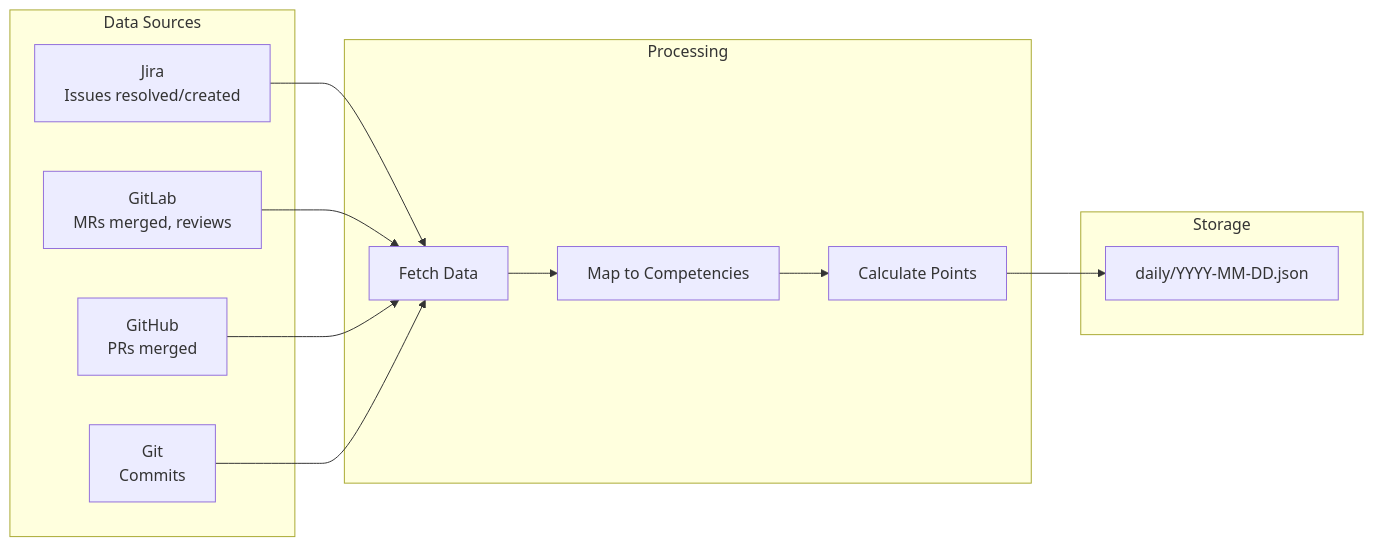
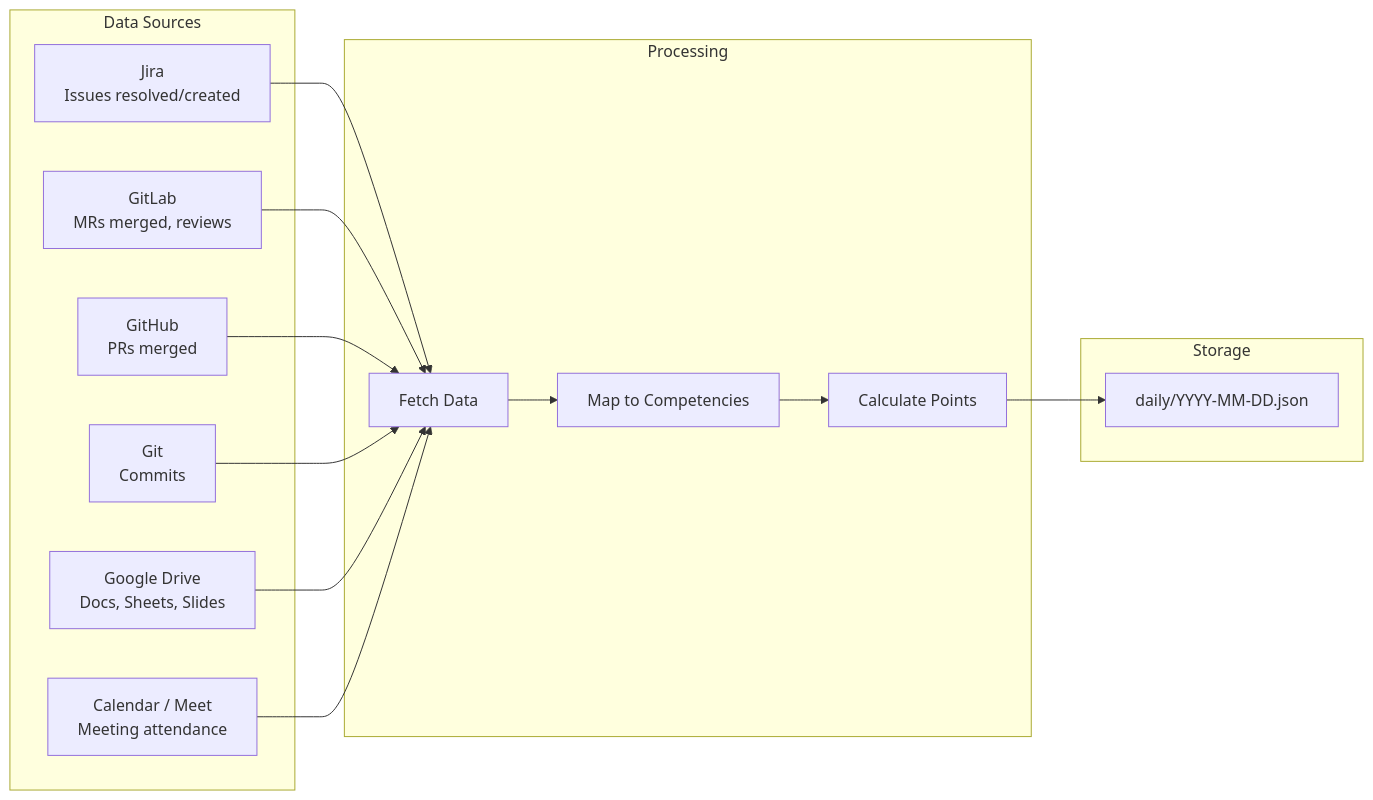
The diagram in docs/skills/performance-collect-daily.md (dmzoneill/redhat-ai-workflow), drawn with Mermaid before and after one commit. The commit also changed other lines of this file and 75 other files, not shown here.

````diff
--- a/docs/skills/performance-collect-daily.md
+++ b/docs/skills/performance-collect-daily.md
@@ -54,28 +56,32 @@
 ```mermaid
 graph LR
     subgraph Sources["Data Sources"]
         JIRA[Jira<br/>Issues resolved/created]
         GITLAB[GitLab<br/>MRs merged, reviews]
         GITHUB[GitHub<br/>PRs merged]
         GIT[Git<br/>Commits]
+        GDRIVE[Google Drive<br/>Docs, Sheets, Slides]
+        CALENDAR[Calendar / Meet<br/>Meeting attendance]
     end
 
     subgraph Processing["Processing"]
         FETCH[Fetch Data]
         MAP[Map to Competencies]
         SCORE[Calculate Points]
     end
 
     subgraph Storage["Storage"]
         DAILY[daily/YYYY-MM-DD.json]
     end
 
     JIRA --> FETCH
     GITLAB --> FETCH
     GITHUB --> FETCH
     GIT --> FETCH
+    GDRIVE --> FETCH
+    CALENDAR --> FETCH
 
     FETCH --> MAP
     MAP --> SCORE
     SCORE --> DAILY
 ```
````
